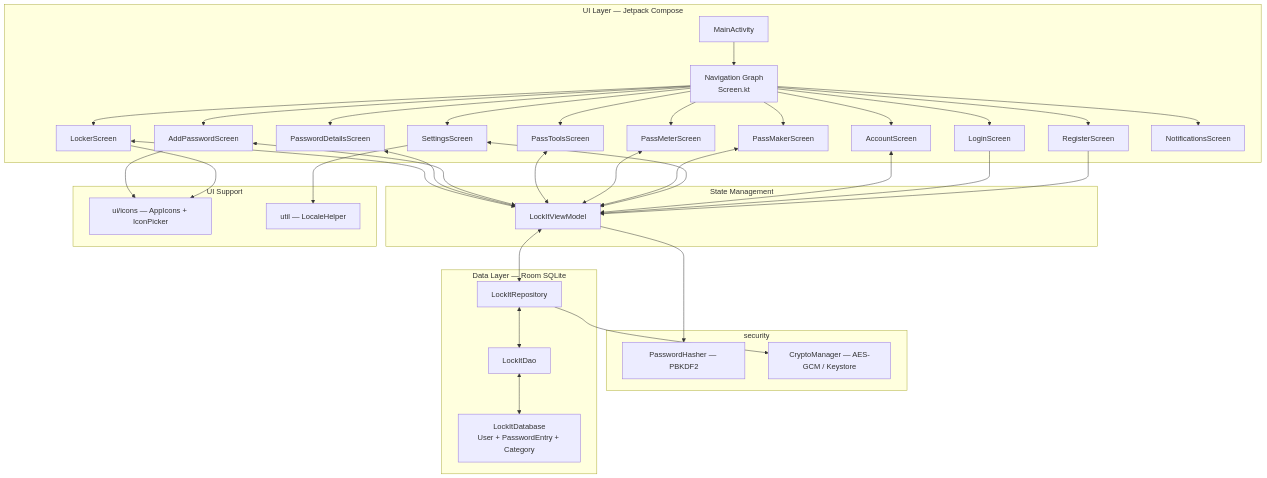
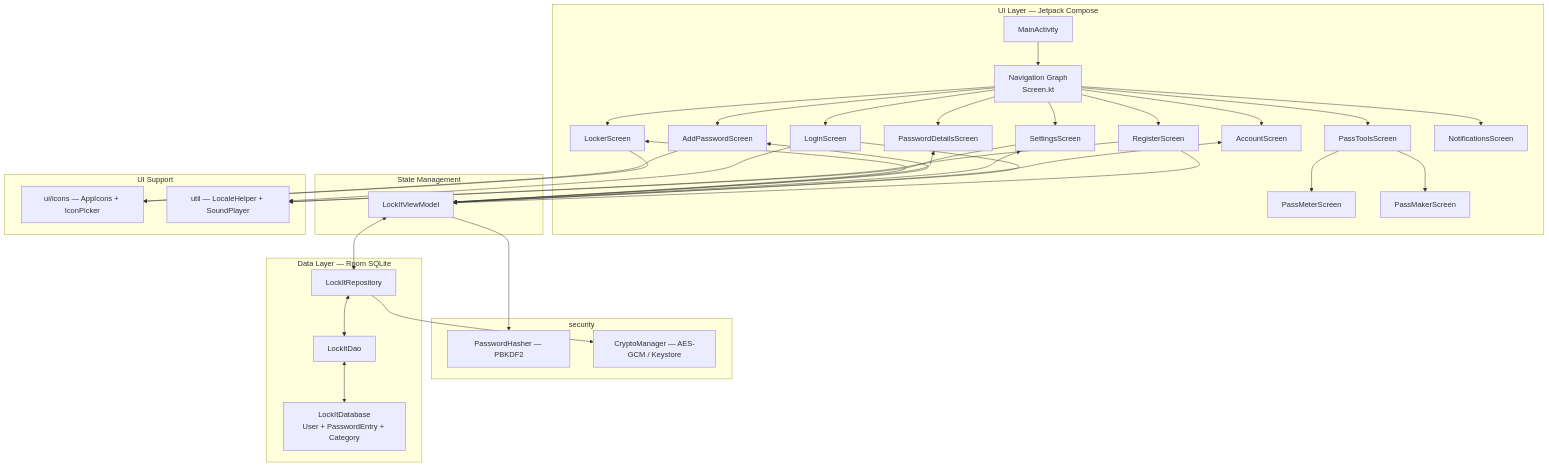
Before and after one commit to samuno717/LockIt: the first of 2 diagrams in README.md, drawn with Mermaid. The commit also changed other lines of this file and 14 other files, not shown here.

````diff
--- a/README.md
+++ b/README.md
@@ -35,47 +36,47 @@
 ```mermaid
 graph TD
     subgraph UI_Layer ["UI Layer — Jetpack Compose"]
         A[MainActivity] --> B[Navigation Graph\nScreen.kt]
         B --> C[LoginScreen]
         B --> D[RegisterScreen]
         B --> E[LockerScreen]
         B --> F[PasswordDetailsScreen]
         B --> G[AddPasswordScreen]
         B --> H[PassToolsScreen]
-        B --> I[PassMeterScreen]
-        B --> J[PassMakerScreen]
+        H --> I[PassMeterScreen]
+        H --> J[PassMakerScreen]
         B --> K[SettingsScreen]
         B --> L[AccountScreen]
         B --> M[NotificationsScreen]
     end
 
     subgraph Logic_Layer ["State Management"]
         N[LockItViewModel]
     end
 
     subgraph Support ["UI Support"]
         R[ui/icons — AppIcons + IconPicker]
-        S[util — LocaleHelper]
+        S[util — LocaleHelper + SoundPlayer]
     end
 
     subgraph Crypto ["security"]
         T[PasswordHasher — PBKDF2]
         U[CryptoManager — AES-GCM / Keystore]
     end
 
     subgraph Data_Layer ["Data Layer — Room SQLite"]
         O[LockItRepository]
         P[LockItDatabase\nUser + PasswordEntry + Category]
         Q[LockItDao]
     end
 
-    E & F & G & H & I & J & K & L <--> N
+    E & F & G & K & L <--> N
     C & D --> N
     G & E --> R
-    K --> S
+    C & D & K --> S
     N --> T
     O --> U
     N <--> O
     O <--> Q
     Q <--> P
 ```
````
